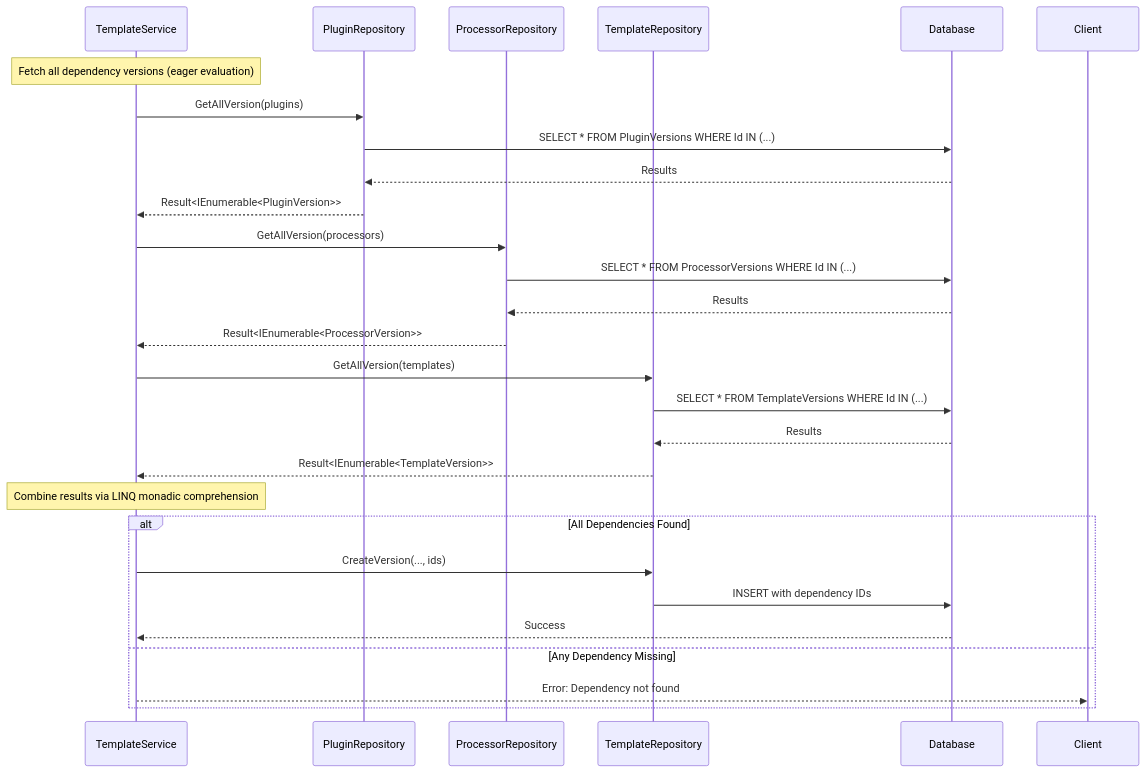
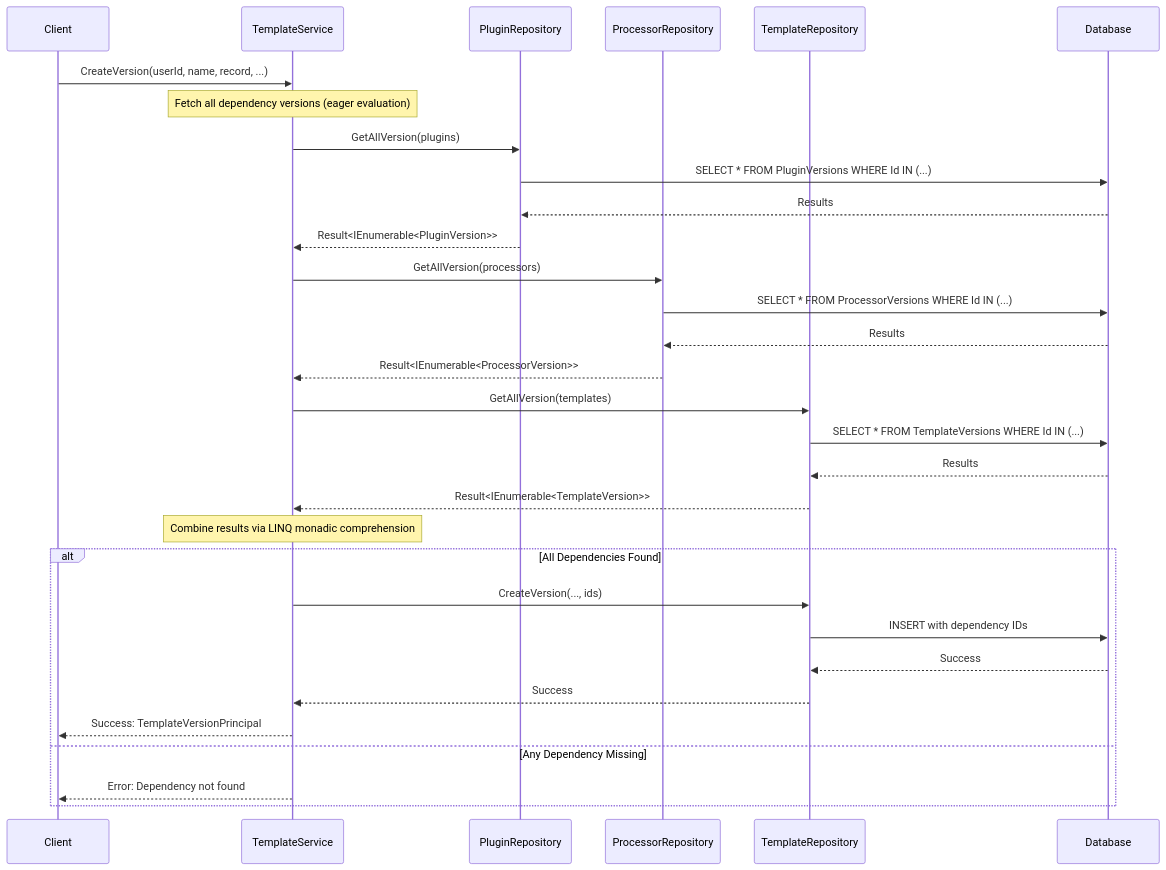
One commit to AtomiCloud/sulfone.zinc changed the diagram in docs/developer/algorithms/01-dependency-resolution.md. Above: the diagram before and after it, drawn with Mermaid. The commit also changed other lines of this file and 31 other files, not shown here.

````diff
--- a/docs/developer/algorithms/01-dependency-resolution.md
+++ b/docs/developer/algorithms/01-dependency-resolution.md
@@ -33,35 +38,39 @@
 ```mermaid
 sequenceDiagram
+    participant Client
     participant Service as TemplateService
     participant PluginRepo as PluginRepository
     participant ProcessorRepo as ProcessorRepository
     participant TemplateRepo as TemplateRepository
     participant DB as Database
 
+    Client->>Service: CreateVersion(userId, name, record, ...)
     Note over Service: Fetch all dependency versions (eager evaluation)
 
     Service->>PluginRepo: GetAllVersion(plugins)
     PluginRepo->>DB: SELECT * FROM PluginVersions WHERE Id IN (...)
     DB-->>PluginRepo: Results
     PluginRepo-->>Service: Result<IEnumerable<PluginVersion>>
 
     Service->>ProcessorRepo: GetAllVersion(processors)
     ProcessorRepo->>DB: SELECT * FROM ProcessorVersions WHERE Id IN (...)
     DB-->>ProcessorRepo: Results
     ProcessorRepo-->>Service: Result<IEnumerable<ProcessorVersion>>
 
     Service->>TemplateRepo: GetAllVersion(templates)
     TemplateRepo->>DB: SELECT * FROM TemplateVersions WHERE Id IN (...)
     DB-->>TemplateRepo: Results
     TemplateRepo-->>Service: Result<IEnumerable<TemplateVersion>>
 
     Note over Service: Combine results via LINQ monadic comprehension
 
     alt All Dependencies Found
         Service->>TemplateRepo: CreateVersion(..., ids)
         TemplateRepo->>DB: INSERT with dependency IDs
-        DB-->>Service: Success
+        DB-->>TemplateRepo: Success
+        TemplateRepo-->>Service: Success
+        Service-->>Client: Success: TemplateVersionPrincipal
     else Any Dependency Missing
         Service-->>Client: Error: Dependency not found
     end
 ```
````
